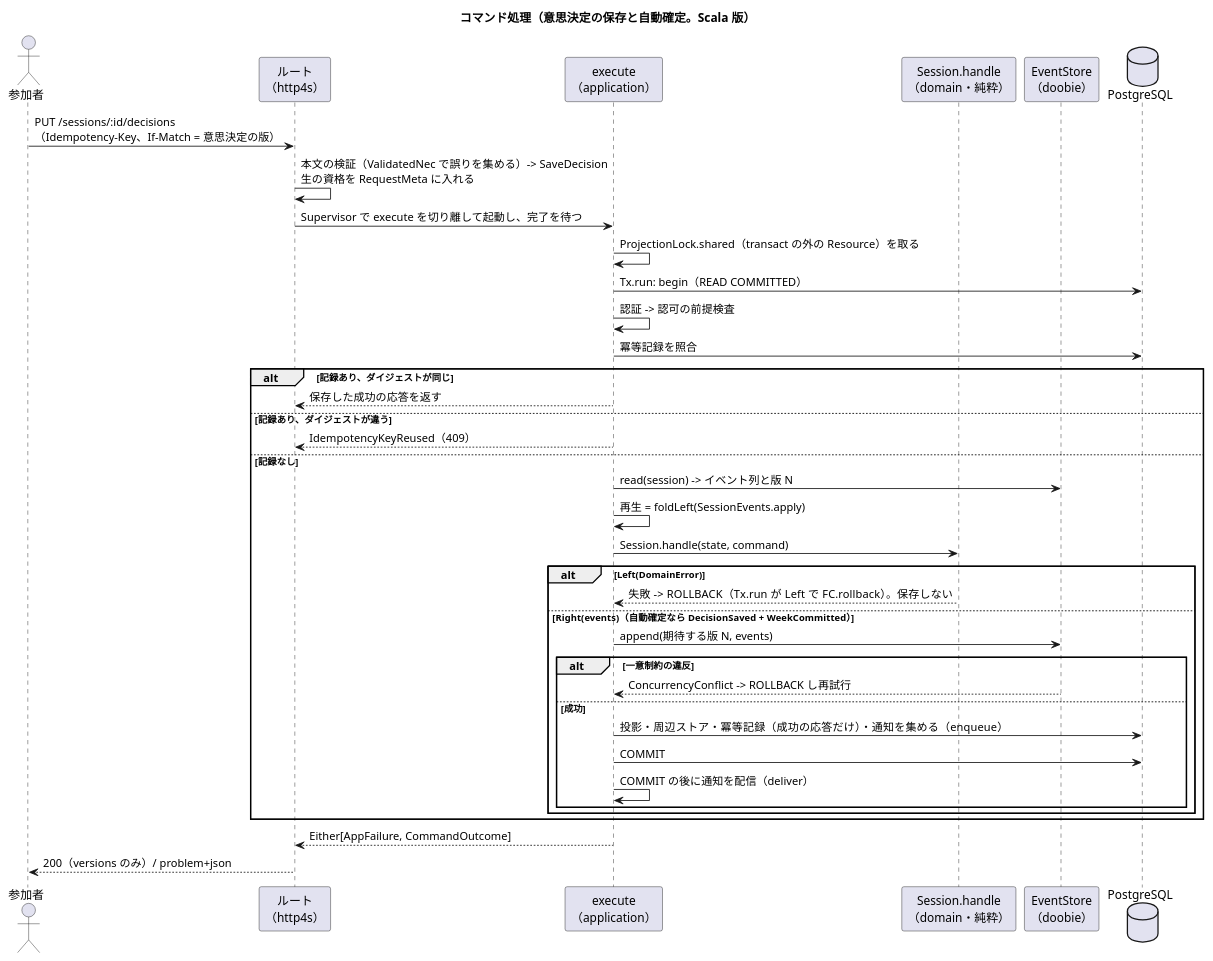
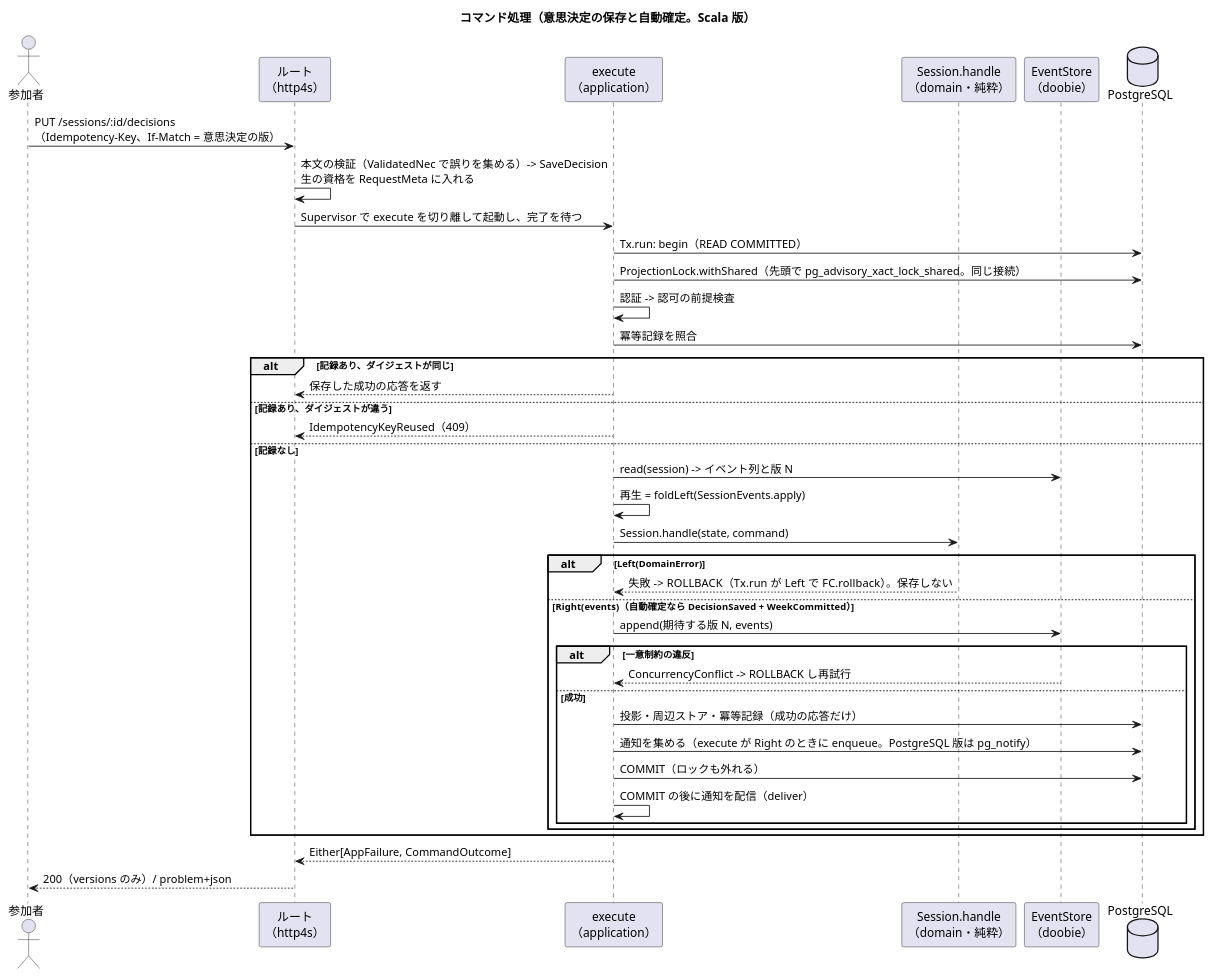
Before and after one commit to k2works/case-study-beer-game-simulation: the second of 2 diagrams in docs/design/beer-game-scala/architecture-backend.md, drawn with PlantUML. The commit also changed other lines of this file and 15 other files, not shown here.

````diff
--- a/docs/design/beer-game-scala/architecture-backend.md
+++ b/docs/design/beer-game-scala/architecture-backend.md
@@ -184,43 +215,44 @@
 ```plantuml
 @startuml
 title コマンド処理（意思決定の保存と自動確定。Scala 版）
 
 actor 参加者 as P
 participant "ルート\n（http4s）" as R
 participant "execute\n（application）" as X
 participant "Session.handle\n（domain・純粋）" as D
 participant "EventStore\n（doobie）" as ES
 database "PostgreSQL" as DB
 
 P -> R : PUT /sessions/:id/decisions\n（Idempotency-Key、If-Match = 意思決定の版）
 R -> R : 本文の検証（ValidatedNec で誤りを集める）-> SaveDecision\n生の資格を RequestMeta に入れる
 R -> X : Supervisor で execute を切り離して起動し、完了を待つ
-X -> X : ProjectionLock.shared（transact の外の Resource）を取る
 X -> DB : Tx.run: begin（READ COMMITTED）
+X -> DB : ProjectionLock.withShared（先頭で pg_advisory_xact_lock_shared。同じ接続）
 X -> X : 認証 -> 認可の前提検査
 X -> DB : 冪等記録を照合
 alt 記録あり、ダイジェストが同じ
   X --> R : 保存した成功の応答を返す
 else 記録あり、ダイジェストが違う
   X --> R : IdempotencyKeyReused（409）
 else 記録なし
   X -> ES : read(session) -> イベント列と版 N
   X -> X : 再生 = foldLeft(SessionEvents.apply)
   X -> D : Session.handle(state, command)
   alt Left(DomainError)
     D --> X : 失敗 -> ROLLBACK（Tx.run が Left で FC.rollback）。保存しない
   else Right(events)（自動確定なら DecisionSaved + WeekCommitted）
     X -> ES : append(期待する版 N, events)
     alt 一意制約の違反
       ES --> X : ConcurrencyConflict -> ROLLBACK し再試行
     else 成功
-      X -> DB : 投影・周辺ストア・冪等記録（成功の応答だけ）・通知を集める（enqueue）
-      X -> DB : COMMIT
+      X -> DB : 投影・周辺ストア・冪等記録（成功の応答だけ）
+      X -> DB : 通知を集める（execute が Right のときに enqueue。PostgreSQL 版は pg_notify）
+      X -> DB : COMMIT（ロックも外れる）
       X -> X : COMMIT の後に通知を配信（deliver）
     end
   end
 end
 X --> R : Either[AppFailure, CommandOutcome]
 R --> P : 200（versions のみ）/ problem+json
 @enduml
 ```
````
